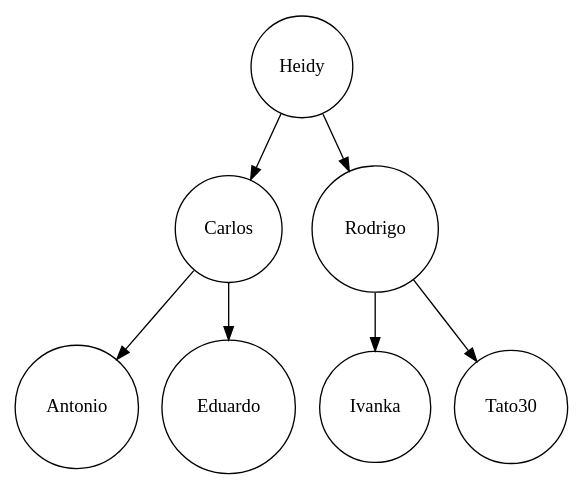
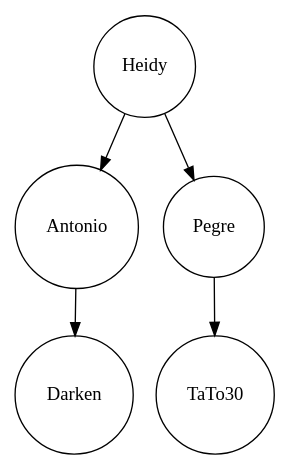
Before and after one commit to TaTo30/EDD20S1-201800585: the diagram in Proyecto1/Dot/Jugadores.dot, drawn with Graphviz. The commit also changed 9 other files, not shown here.

```diff
--- a/Proyecto1/Dot/Jugadores.dot
+++ b/Proyecto1/Dot/Jugadores.dot
@@ -1,8 +1,6 @@
 digraph g{ node [shape = circle];Heidy;
-Heidy->Carlos;
-Heidy->Rodrigo;
-Carlos->Antonio;
-Carlos->Eduardo;
-Rodrigo->Ivanka;
-Rodrigo->Tato30;
+Heidy->Antonio;
+Heidy->Pegre;
+Antonio->Darken;
+Pegre->TaTo30;
 }
```
